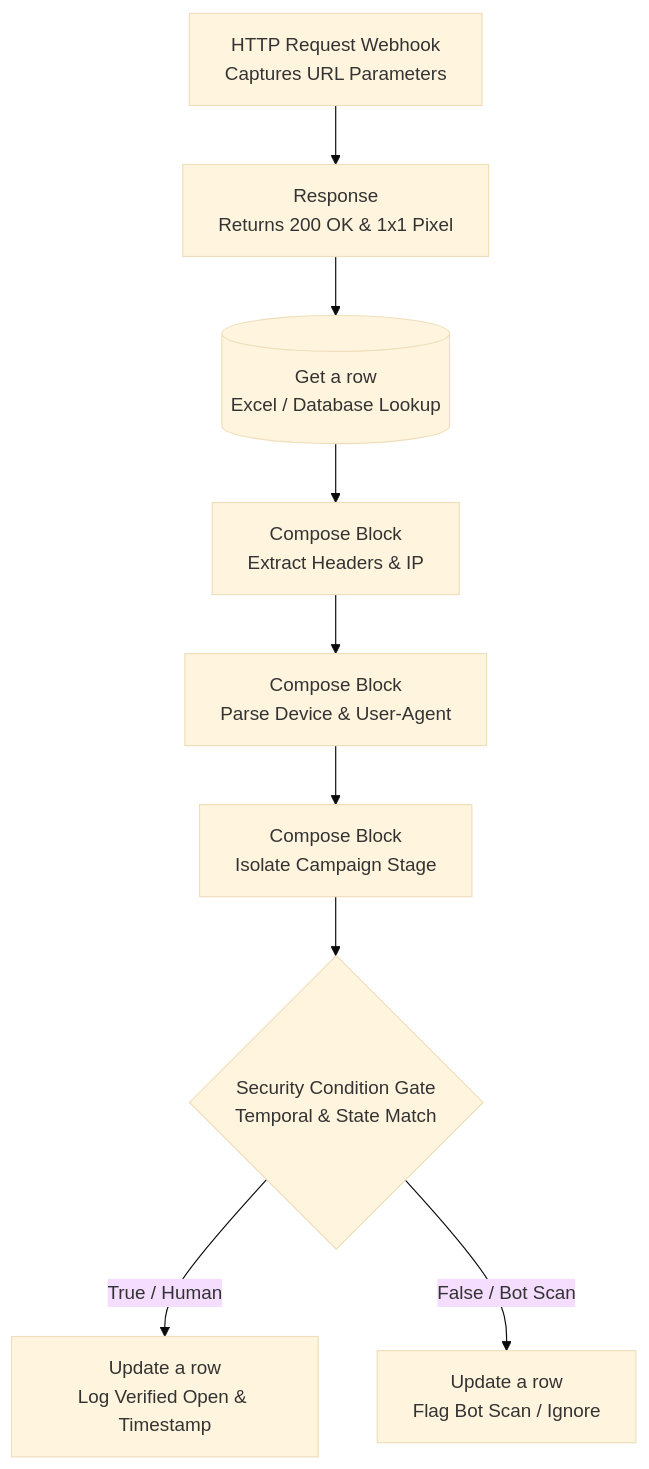
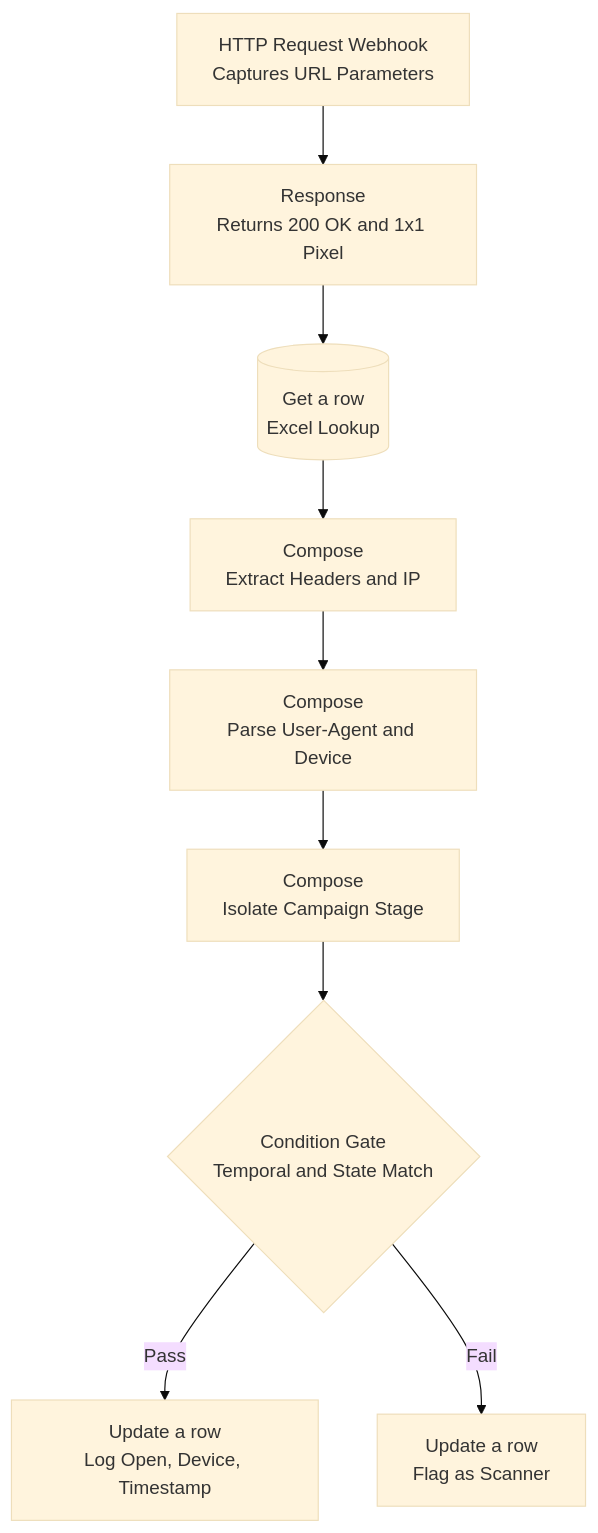
One commit to adilshasrehman-source/gtm-engagement-tracking-engine changed the diagram in 01_Listener_Flow_Architecture.md. Above: the diagram before and after it, drawn with Mermaid (base theme). The commit also changed other lines of this file, not shown here.

````diff
--- a/01_Listener_Flow_Architecture.md
+++ b/01_Listener_Flow_Architecture.md
@@ -10,11 +9,11 @@
 ```mermaid
 graph TD
-    A[HTTP Request Webhook<br>Captures URL Parameters] --> B[Response<br>Returns 200 OK & 1x1 Pixel]
-    B --> C[(Get a row<br>Excel / Database Lookup)]
-    C --> D[Compose Block<br>Extract Headers & IP]
-    D --> E[Compose Block<br>Parse Device & User-Agent]
-    E --> F[Compose Block<br>Isolate Campaign Stage]
-    F --> G{Security Condition Gate<br>Temporal & State Match}
-    G -- True / Human --> H[Update a row<br>Log Verified Open & Timestamp]
-    G -- False / Bot Scan --> I[Update a row<br>Flag Bot Scan / Ignore]
+    A[HTTP Request Webhook<br>Captures URL Parameters] --> B[Response<br>Returns 200 OK and 1x1 Pixel]
+    B --> C[(Get a row<br>Excel Lookup)]
+    C --> D[Compose<br>Extract Headers and IP]
+    D --> E[Compose<br>Parse User-Agent and Device]
+    E --> F[Compose<br>Isolate Campaign Stage]
+    F --> G{Condition Gate<br>Temporal and State Match}
+    G -- Pass --> H[Update a row<br>Log Open, Device, Timestamp]
+    G -- Fail --> I[Update a row<br>Flag as Scanner]
 ```
````
